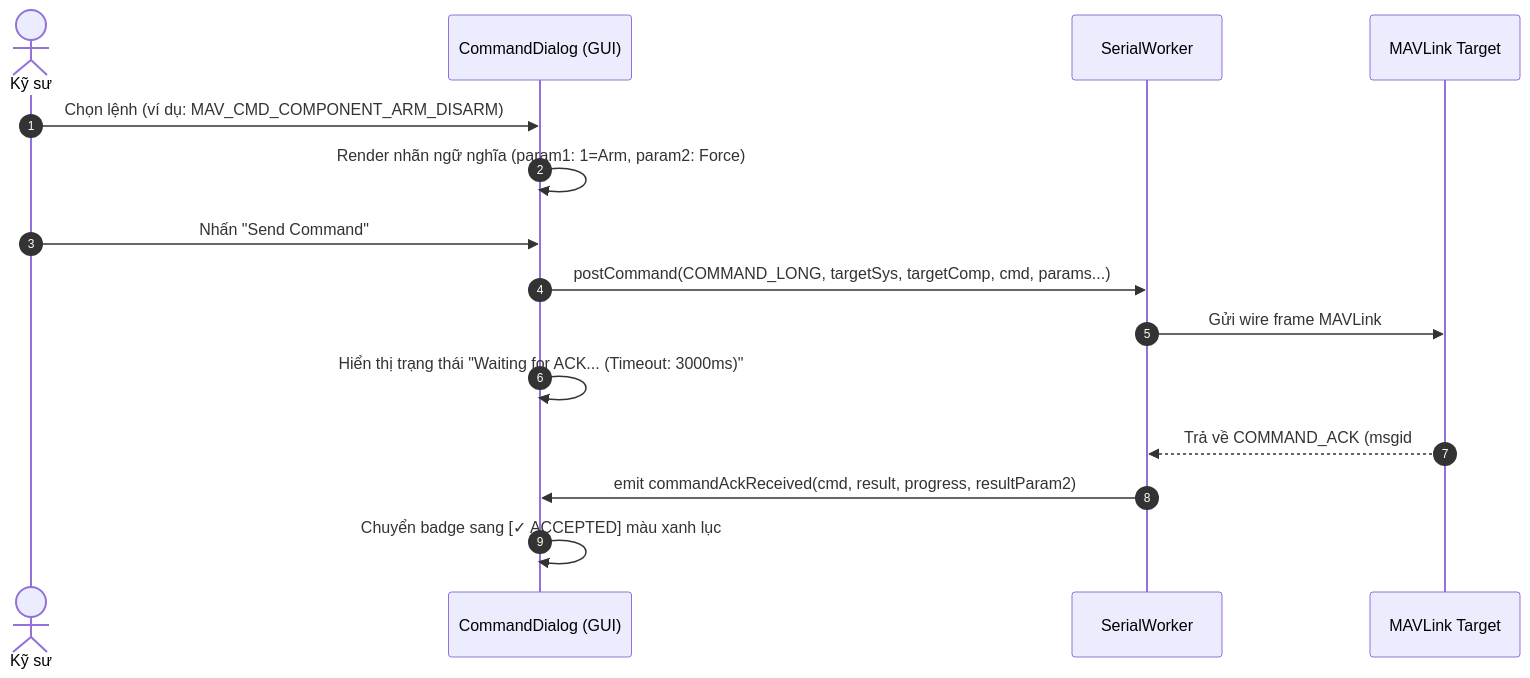
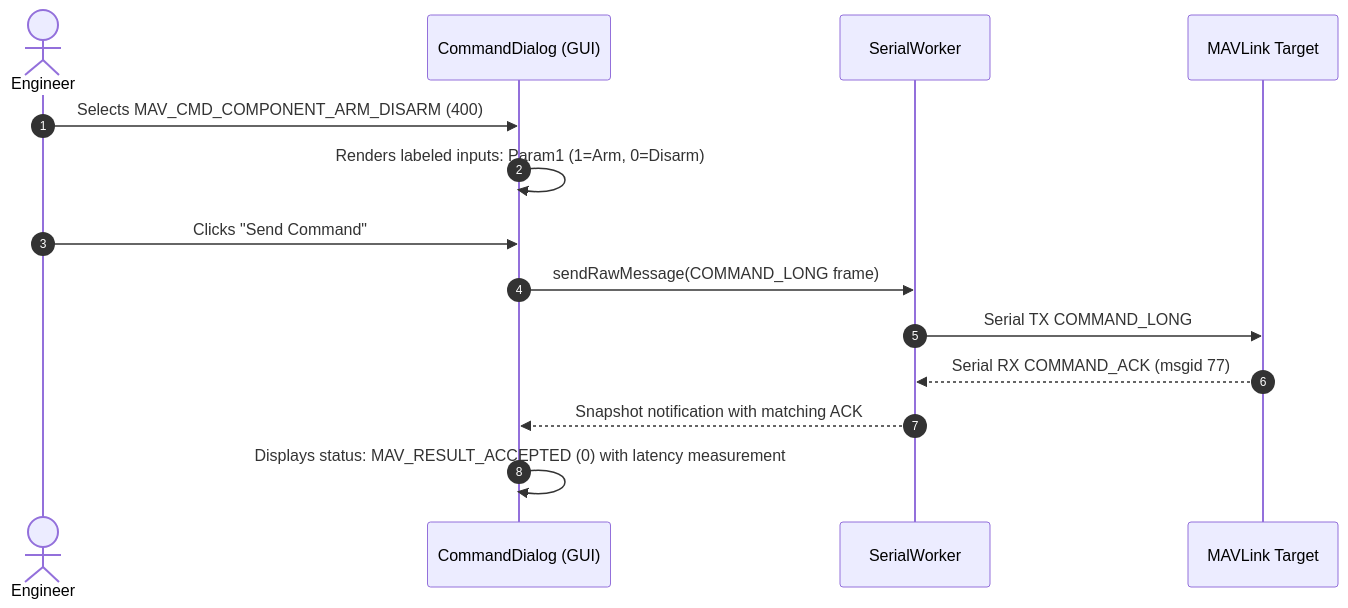
The first of 2 diagrams in docs/PROPOSAL_ADVANCED_FEATURES.md (minhtan2510/MAVLinkLab), drawn with Mermaid before and after one commit. The commit also changed other lines of this file and 6 other files, not shown here.

First line of the commit message:
docs: unify project documentation in English and update architecture

````diff
--- a/docs/PROPOSAL_ADVANCED_FEATURES.md
+++ b/docs/PROPOSAL_ADVANCED_FEATURES.md
@@ -94,19 +41,17 @@
 ```mermaid
 sequenceDiagram
     autonumber
-    actor User as Kỹ sư
+    actor User as Engineer
     participant Dialog as CommandDialog (GUI)
     participant Worker as SerialWorker
     participant Drone as MAVLink Target
 
-    User->>Dialog: Chọn lệnh (ví dụ: MAV_CMD_COMPONENT_ARM_DISARM)
-    Dialog->>Dialog: Render nhãn ngữ nghĩa (param1: 1=Arm, param2: Force)
-    User->>Dialog: Nhấn "Send Command"
-    Dialog->>Worker: postCommand(COMMAND_LONG, targetSys, targetComp, cmd, params...)
-    Worker->>Drone: Gửi wire frame MAVLink
-    Dialog->>Dialog: Hiển thị trạng thái "Waiting for ACK... (Timeout: 3000ms)"
-    
-    Drone-->>Worker: Trả về COMMAND_ACK (msgid #77, result = MAV_RESULT_ACCEPTED)
-    Worker->>Dialog: emit commandAckReceived(cmd, result, progress, resultParam2)
-    Dialog->>Dialog: Chuyển badge sang [✓ ACCEPTED] màu xanh lục
+    User->>Dialog: Selects MAV_CMD_COMPONENT_ARM_DISARM (400)
+    Dialog->>Dialog: Renders labeled inputs: Param1 (1=Arm, 0=Disarm)
+    User->>Dialog: Clicks "Send Command"
+    Dialog->>Worker: sendRawMessage(COMMAND_LONG frame)
+    Worker->>Drone: Serial TX COMMAND_LONG
+    Drone-->>Worker: Serial RX COMMAND_ACK (msgid 77)
+    Worker-->>Dialog: Snapshot notification with matching ACK
+    Dialog->>Dialog: Displays status: MAV_RESULT_ACCEPTED (0) with latency measurement
 ```
````
